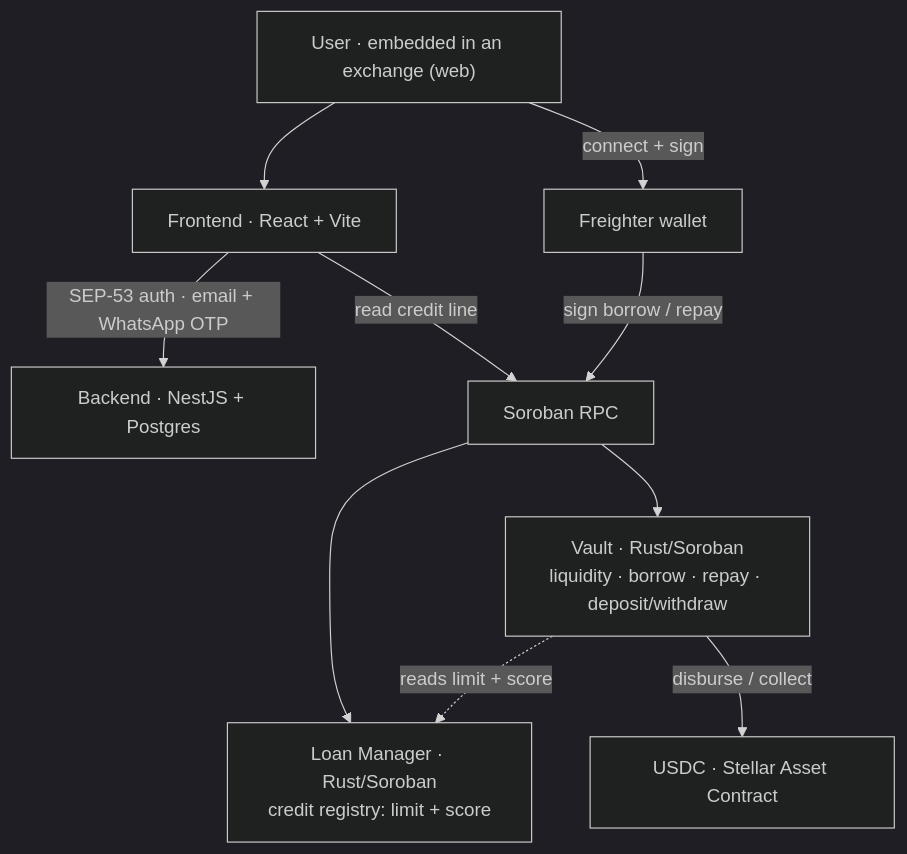
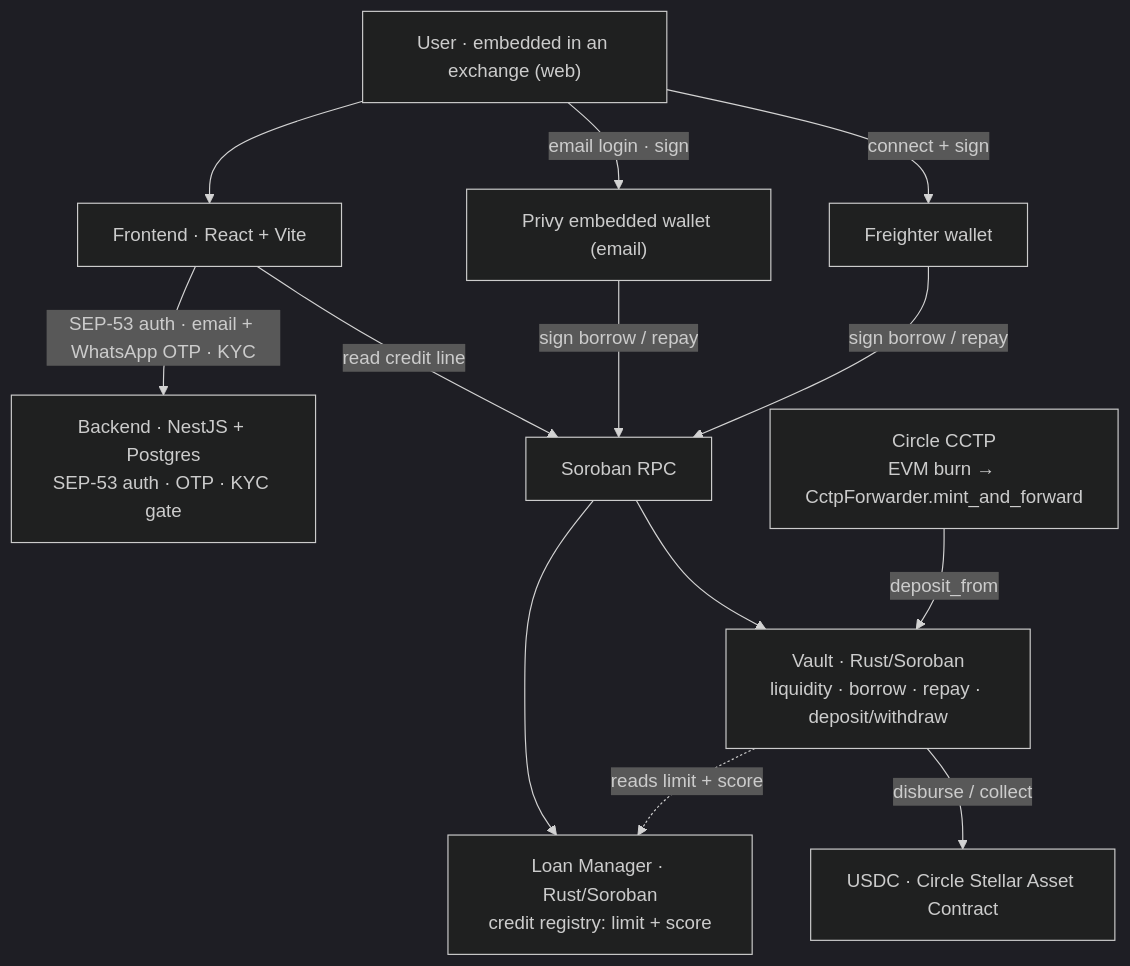
The first of 2 diagrams in README.md (LuchoLeonel/lendoor-stellar), drawn with Mermaid (dark theme) before and after one commit. The commit also changed other lines of this file and 4 other files, not shown here.

````diff
--- a/README.md
+++ b/README.md
@@ -44,19 +47,24 @@
 ```mermaid
 graph TD
   U["User · embedded in an exchange (web)"]
+  PV["Privy embedded wallet (email)"]
   FR["Freighter wallet"]
   FE["Frontend · React + Vite"]
-  BE["Backend · NestJS + Postgres"]
+  BE["Backend · NestJS + Postgres<br/>SEP-53 auth · OTP · KYC gate"]
   RPC["Soroban RPC"]
   VA["Vault · Rust/Soroban<br/>liquidity · borrow · repay · deposit/withdraw"]
   LM["Loan Manager · Rust/Soroban<br/>credit registry: limit + score"]
-  USDC["USDC · Stellar Asset Contract"]
+  USDC["USDC · Circle Stellar Asset Contract"]
+  CCTP["Circle CCTP<br/>EVM burn → CctpForwarder.mint_and_forward"]
 
   U --> FE
+  U -->|email login · sign| PV
   U -->|connect + sign| FR
-  FE -->|SEP-53 auth · email + WhatsApp OTP| BE
+  FE -->|SEP-53 auth · email + WhatsApp OTP · KYC| BE
   FE -->|read credit line| RPC --> LM
-  FR -->|sign borrow / repay| RPC --> VA
+  PV -->|sign borrow / repay| RPC --> VA
+  FR -->|sign borrow / repay| RPC
   VA -->|disburse / collect| USDC
   VA -.->|reads limit + score| LM
+  CCTP -->|deposit_from| VA
 ```
````
